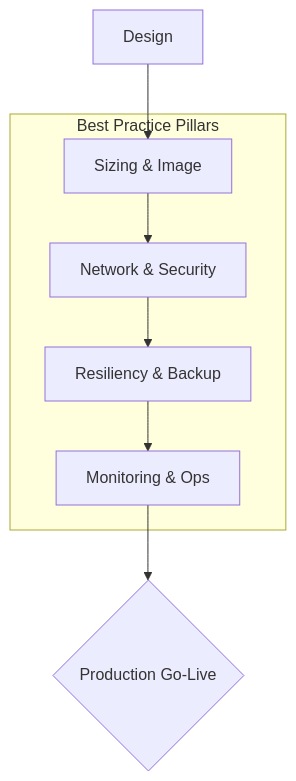
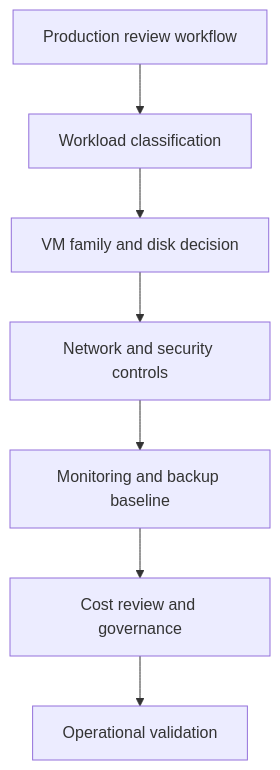
The diagram in docs/best-practices/index.md (yeongseon/azure-virtual-machine-practical-guide), drawn with Mermaid before and after one commit. The commit also changed other lines of this file and 24 other files, not shown here.

````diff
--- a/docs/best-practices/index.md
+++ b/docs/best-practices/index.md
@@ -22,15 +17,9 @@
 ```mermaid
-graph TD
-    A[Design] --> B[Sizing & Image]
-    B --> C[Network & Security]
-    C --> D[Resiliency & Backup]
-    D --> E[Monitoring & Ops]
-    E --> F{Production Go-Live}
-    
-    subgraph "Best Practice Pillars"
-    B
-    C
-    D
-    E
-    end
+flowchart TD
+    A[Production review workflow] --> B[Workload classification]
+    B --> C[VM family and disk decision]
+    C --> D[Network and security controls]
+    D --> E[Monitoring and backup baseline]
+    E --> F[Cost review and governance]
+    F --> G[Operational validation]
 ```
````
